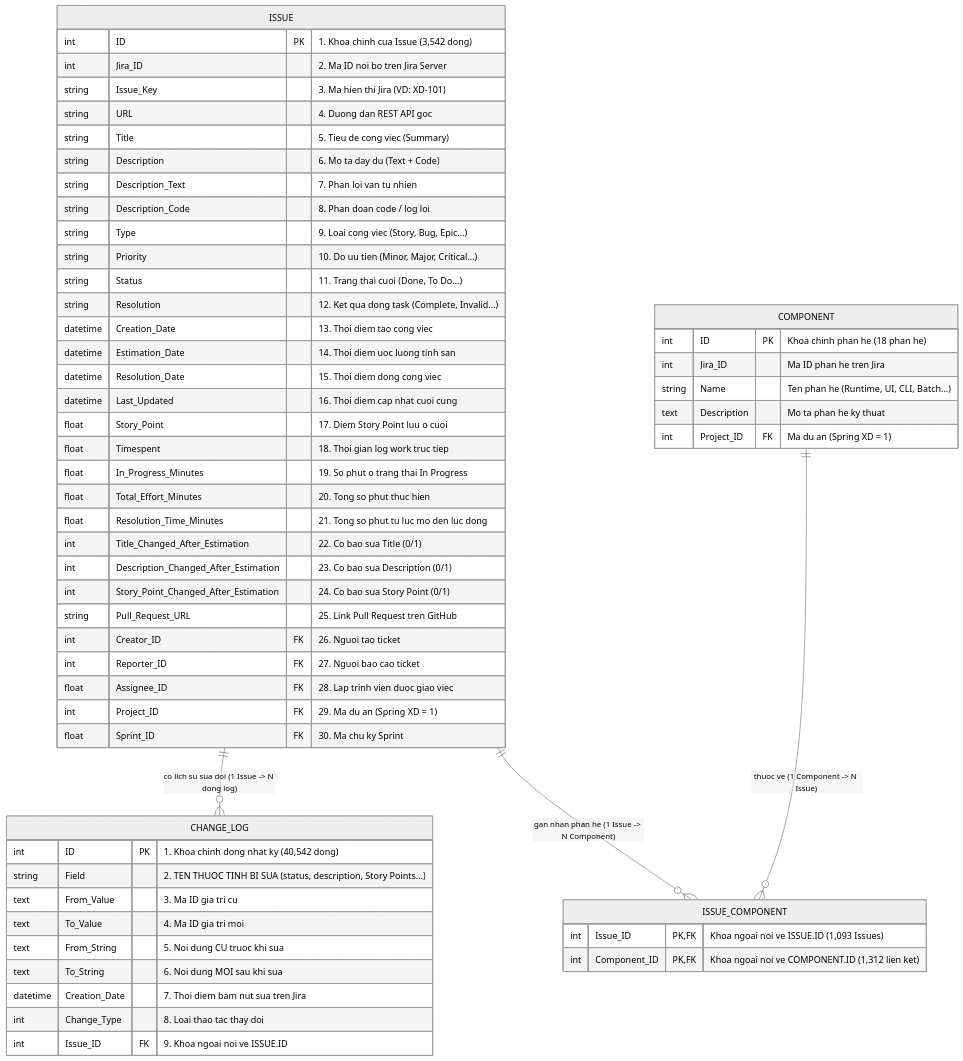
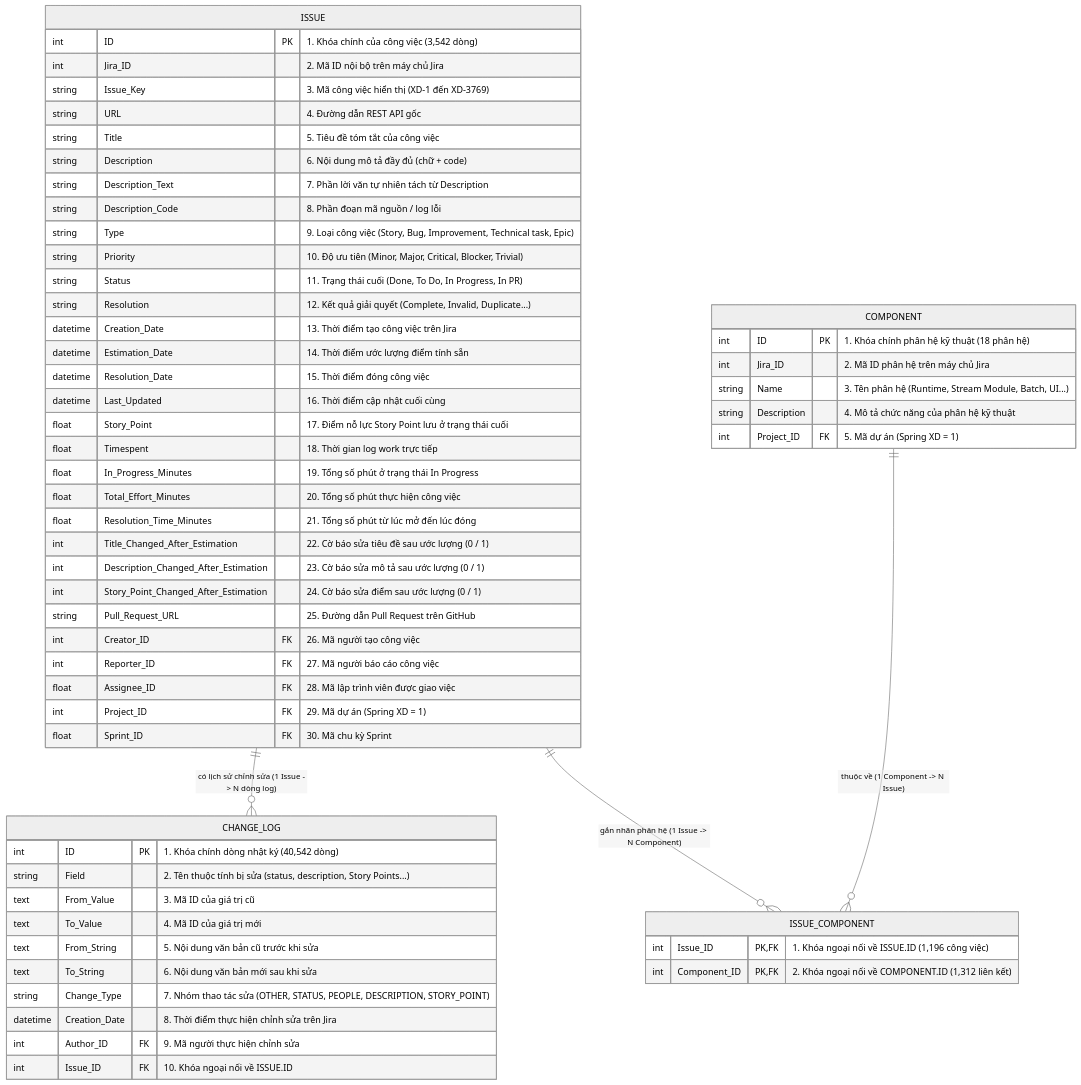
Before and after one commit to snowflake-vibing/NCKH_Johnny_Snowflake: the diagram in docs/draft/02_attribute_breakdown_and_counts.md, drawn with Mermaid (neutral theme). The commit also changed other lines of this file and 2 other files, not shown here.

Commit message:
docs(draft): add 5 sample rows for all 4 tables in Part 1, Vietnamese ERD and inline category counts in Part 2

````diff
--- a/docs/draft/02_attribute_breakdown_and_counts.md
+++ b/docs/draft/02_attribute_breakdown_and_counts.md
@@ -11,67 +11,68 @@
 ```mermaid
 erDiagram
-    accTitle: So do Quan he Thuc the (ERD) Du an Spring XD tren TAWOS v1.1
-    accDescr: So do bieu dien bang trung tam ISSUE (30 cot, 3542 dong) ket noi 1-nhieu voi bang lich su CHANGE_LOG (9 cot, 34274 dong) va ket noi nhieu-nhieu voi bang phan he COMPONENT (18 phan he) qua bang trung gian ISSUE_COMPONENT (1312 dong).
+    accTitle: Sơ đồ Quan hệ Thực thể (ERD) Dự án Spring XD trên TAWOS v1.1
+    accDescr: Sơ đồ biểu diễn bảng trung tâm ISSUE (30 cột, 3,542 dòng) kết nối 1-nhiều với bảng lịch sử CHANGE_LOG (10 cột, 40,542 dòng) và kết nối nhiều-nhiều với bảng phân hệ COMPONENT (5 cột, 18 dòng) qua bảng cầu nối ISSUE_COMPONENT (2 cột, 1,312 dòng).
 
-    ISSUE ||--o{ CHANGE_LOG : "co lich su sua doi (1 Issue -> N dong log)"
-    ISSUE ||--o{ ISSUE_COMPONENT : "gan nhan phan he (1 Issue -> N Component)"
-    COMPONENT ||--o{ ISSUE_COMPONENT : "thuoc ve (1 Component -> N Issue)"
+    ISSUE ||--o{ CHANGE_LOG : "có lịch sử chỉnh sửa (1 Issue -> N dòng log)"
+    ISSUE ||--o{ ISSUE_COMPONENT : "gắn nhãn phân hệ (1 Issue -> N Component)"
+    COMPONENT ||--o{ ISSUE_COMPONENT : "thuộc về (1 Component -> N Issue)"
 
     ISSUE {
-        int ID PK "1. Khoa chinh cua Issue (3,542 dong)"
-        int Jira_ID "2. Ma ID noi bo tren Jira Server"
-        string Issue_Key "3. Ma hien thi Jira (VD: XD-101)"
-        string URL "4. Duong dan REST API goc"
-        string Title "5. Tieu de cong viec (Summary)"
-        string Description "6. Mo ta day du (Text + Code)"
-        string Description_Text "7. Phan loi van tu nhien"
-        string Description_Code "8. Phan doan code / log loi"
-        string Type "9. Loai cong viec (Story, Bug, Epic...)"
-        string Priority "10. Do uu tien (Minor, Major, Critical...)"
-        string Status "11. Trang thai cuoi (Done, To Do...)"
-        string Resolution "12. Ket qua dong task (Complete, Invalid...)"
-        datetime Creation_Date "13. Thoi diem tao cong viec"
-        datetime Estimation_Date "14. Thoi diem uoc luong tinh san"
-        datetime Resolution_Date "15. Thoi diem dong cong viec"
-        datetime Last_Updated "16. Thoi diem cap nhat cuoi cung"
-        float Story_Point "17. Diem Story Point luu o cuoi"
-        float Timespent "18. Thoi gian log work truc tiep"
-        float In_Progress_Minutes "19. So phut o trang thai In Progress"
-        float Total_Effort_Minutes "20. Tong so phut thuc hien"
-        float Resolution_Time_Minutes "21. Tong so phut tu luc mo den luc dong"
-        int Title_Changed_After_Estimation "22. Co bao sua Title (0/1)"
-        int Description_Changed_After_Estimation "23. Co bao sua Description (0/1)"
-        int Story_Point_Changed_After_Estimation "24. Co bao sua Story Point (0/1)"
-        string Pull_Request_URL "25. Link Pull Request tren GitHub"
-        int Creator_ID FK "26. Nguoi tao ticket"
-        int Reporter_ID FK "27. Nguoi bao cao ticket"
-        float Assignee_ID FK "28. Lap trinh vien duoc giao viec"
-        int Project_ID FK "29. Ma du an (Spring XD = 1)"
-        float Sprint_ID FK "30. Ma chu ky Sprint"
+        int ID PK "1. Khóa chính của công việc (3,542 dòng)"
+        int Jira_ID "2. Mã ID nội bộ trên máy chủ Jira"
+        string Issue_Key "3. Mã công việc hiển thị (XD-1 đến XD-3769)"
+        string URL "4. Đường dẫn REST API gốc"
+        string Title "5. Tiêu đề tóm tắt của công việc"
+        string Description "6. Nội dung mô tả đầy đủ (chữ + code)"
+        string Description_Text "7. Phần lời văn tự nhiên tách từ Description"
+        string Description_Code "8. Phần đoạn mã nguồn / log lỗi"
+        string Type "9. Loại công việc (Story, Bug, Improvement, Technical task, Epic)"
+        string Priority "10. Độ ưu tiên (Minor, Major, Critical, Blocker, Trivial)"
+        string Status "11. Trạng thái cuối (Done, To Do, In Progress, In PR)"
+        string Resolution "12. Kết quả giải quyết (Complete, Invalid, Duplicate...)"
+        datetime Creation_Date "13. Thời điểm tạo công việc trên Jira"
+        datetime Estimation_Date "14. Thời điểm ước lượng điểm tính sẵn"
+        datetime Resolution_Date "15. Thời điểm đóng công việc"
+        datetime Last_Updated "16. Thời điểm cập nhật cuối cùng"
+        float Story_Point "17. Điểm nỗ lực Story Point lưu ở trạng thái cuối"
+        float Timespent "18. Thời gian log work trực tiếp"
+        float In_Progress_Minutes "19. Tổng số phút ở trạng thái In Progress"
+        float Total_Effort_Minutes "20. Tổng số phút thực hiện công việc"
+        float Resolution_Time_Minutes "21. Tổng số phút từ lúc mở đến lúc đóng"
+        int Title_Changed_After_Estimation "22. Cờ báo sửa tiêu đề sau ước lượng (0 / 1)"
+        int Description_Changed_After_Estimation "23. Cờ báo sửa mô tả sau ước lượng (0 / 1)"
+        int Story_Point_Changed_After_Estimation "24. Cờ báo sửa điểm sau ước lượng (0 / 1)"
+        string Pull_Request_URL "25. Đường dẫn Pull Request trên GitHub"
+        int Creator_ID FK "26. Mã người tạo công việc"
+        int Reporter_ID FK "27. Mã người báo cáo công việc"
+        float Assignee_ID FK "28. Mã lập trình viên được giao việc"
+        int Project_ID FK "29. Mã dự án (Spring XD = 1)"
+        float Sprint_ID FK "30. Mã chu kỳ Sprint"
     }
 
     CHANGE_LOG {
-        int ID PK "1. Khoa chinh dong nhat ky (40,542 dong)"
-        string Field "2. TEN THUOC TINH BI SUA (status, description, Story Points...)"
-        text From_Value "3. Ma ID gia tri cu"
-        text To_Value "4. Ma ID gia tri moi"
-        text From_String "5. Noi dung CU truoc khi sua"
-        text To_String "6. Noi dung MOI sau khi sua"
-        datetime Creation_Date "7. Thoi diem bam nut sua tren Jira"
-        int Change_Type "8. Loai thao tac thay doi"
-        int Issue_ID FK "9. Khoa ngoai noi ve ISSUE.ID"
+        int ID PK "1. Khóa chính dòng nhật ký (40,542 dòng)"
+        string Field "2. Tên thuộc tính bị sửa (status, description, Story Points...)"
+        text From_Value "3. Mã ID của giá trị cũ"
+        text To_Value "4. Mã ID của giá trị mới"
+        text From_String "5. Nội dung văn bản cũ trước khi sửa"
+        text To_String "6. Nội dung văn bản mới sau khi sửa"
+        string Change_Type "7. Nhóm thao tác sửa (OTHER, STATUS, PEOPLE, DESCRIPTION, STORY_POINT)"
+        datetime Creation_Date "8. Thời điểm thực hiện chỉnh sửa trên Jira"
+        int Author_ID FK "9. Mã người thực hiện chỉnh sửa"
+        int Issue_ID FK "10. Khóa ngoại nối về ISSUE.ID"
     }
 
     ISSUE_COMPONENT {
-        int Issue_ID PK,FK "Khoa ngoai noi ve ISSUE.ID (1,093 Issues)"
-        int Component_ID PK,FK "Khoa ngoai noi ve COMPONENT.ID (1,312 lien ket)"
+        int Issue_ID PK,FK "1. Khóa ngoại nối về ISSUE.ID (1,196 công việc)"
+        int Component_ID PK,FK "2. Khóa ngoại nối về COMPONENT.ID (1,312 liên kết)"
     }
 
     COMPONENT {
-        int ID PK "Khoa chinh phan he (18 phan he)"
-        int Jira_ID "Ma ID phan he tren Jira"
-        string Name "Ten phan he (Runtime, UI, CLI, Batch...)"
-        text Description "Mo ta phan he ky thuat"
-        int Project_ID FK "Ma du an (Spring XD = 1)"
+        int ID PK "1. Khóa chính phân hệ kỹ thuật (18 phân hệ)"
+        int Jira_ID "2. Mã ID phân hệ trên máy chủ Jira"
+        string Name "3. Tên phân hệ (Runtime, Stream Module, Batch, UI...)"
+        string Description "4. Mô tả chức năng của phân hệ kỹ thuật"
+        int Project_ID FK "5. Mã dự án (Spring XD = 1)"
     }
 ```
````
